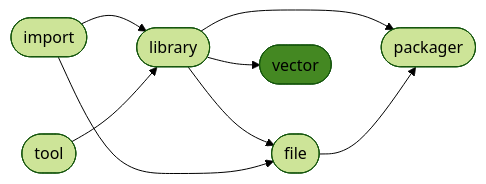
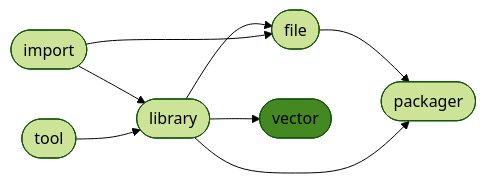
Before and after one commit to ManderaGeneral/generalvector: the diagram in README.md, drawn with Mermaid (forest theme). The commit also changed other lines of this file, not shown here.

````diff
--- a/README.md
+++ b/README.md
@@ -24,17 +24,17 @@
 ```mermaid
 flowchart LR
+3([file]) --> 5([packager])
 2([library]) --> 5([packager])
+2([library]) --> 3([file])
 0([import]) --> 2([library])
-2([library]) --> 3([file])
-3([file]) --> 5([packager])
+1([tool]) --> 2([library])
 2([library]) --> 4([vector])
-1([tool]) --> 2([library])
 0([import]) --> 3([file])
 click 0 "https://github.com/ManderaGeneral/generalimport"
 click 1 "https://github.com/ManderaGeneral/generaltool"
 click 2 "https://github.com/ManderaGeneral/generallibrary"
 click 3 "https://github.com/ManderaGeneral/generalfile"
 click 4 "https://github.com/ManderaGeneral/generalvector"
 click 5 "https://github.com/ManderaGeneral/generalpackager"
 style 4 fill:#482
 ```
````
